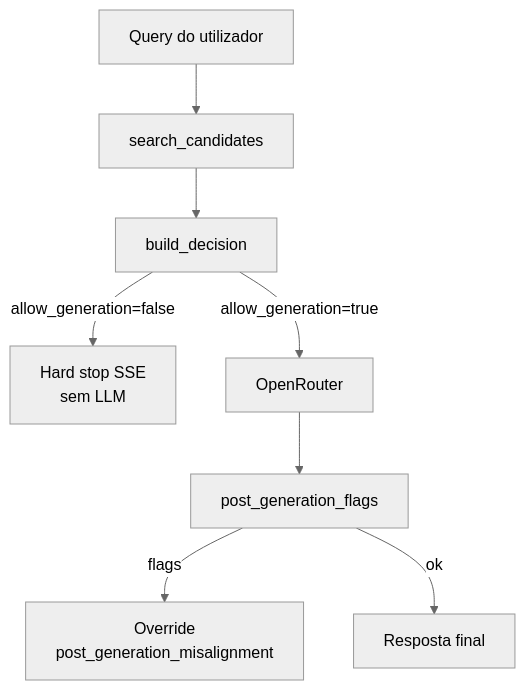
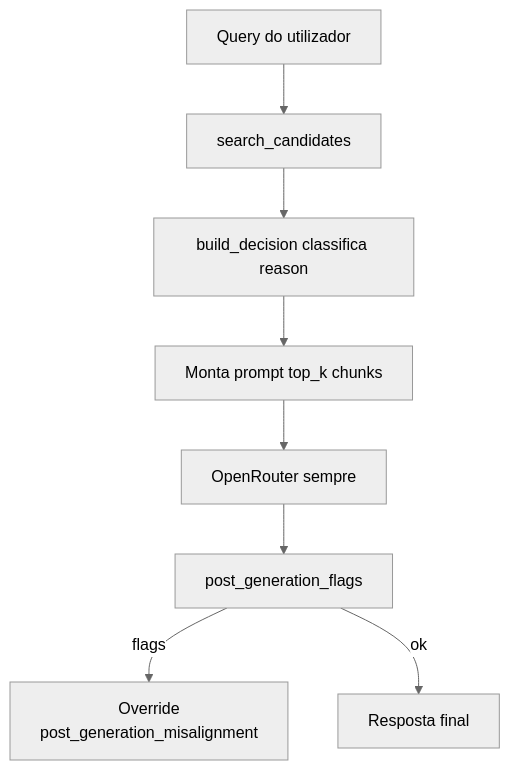
The diagram in docs/wiki/06-gates-e-decisoes.md (GaabDevWeb/KernelBot), drawn with Mermaid (neutral theme) before and after one commit. The commit also changed other lines of this file and 10 other files, not shown here.

````diff
--- a/docs/wiki/06-gates-e-decisoes.md
+++ b/docs/wiki/06-gates-e-decisoes.md
@@ -13,10 +13,10 @@
 ```mermaid
 flowchart TD
   Q[Query do utilizador] --> BM25[search_candidates]
-  BM25 --> BD[build_decision]
-  BD -->|allow_generation=false| HS[Hard stop SSE\nsem LLM]
-  BD -->|allow_generation=true| LLM[OpenRouter]
+  BM25 --> BD[build_decision classifica reason]
+  BD --> ASM[Monta prompt top_k chunks]
+  ASM --> LLM[OpenRouter sempre]
   LLM --> PG[post_generation_flags]
   PG -->|flags| OVR[Override\npost_generation_misalignment]
   PG -->|ok| DONE[Resposta final]
 ```
````
